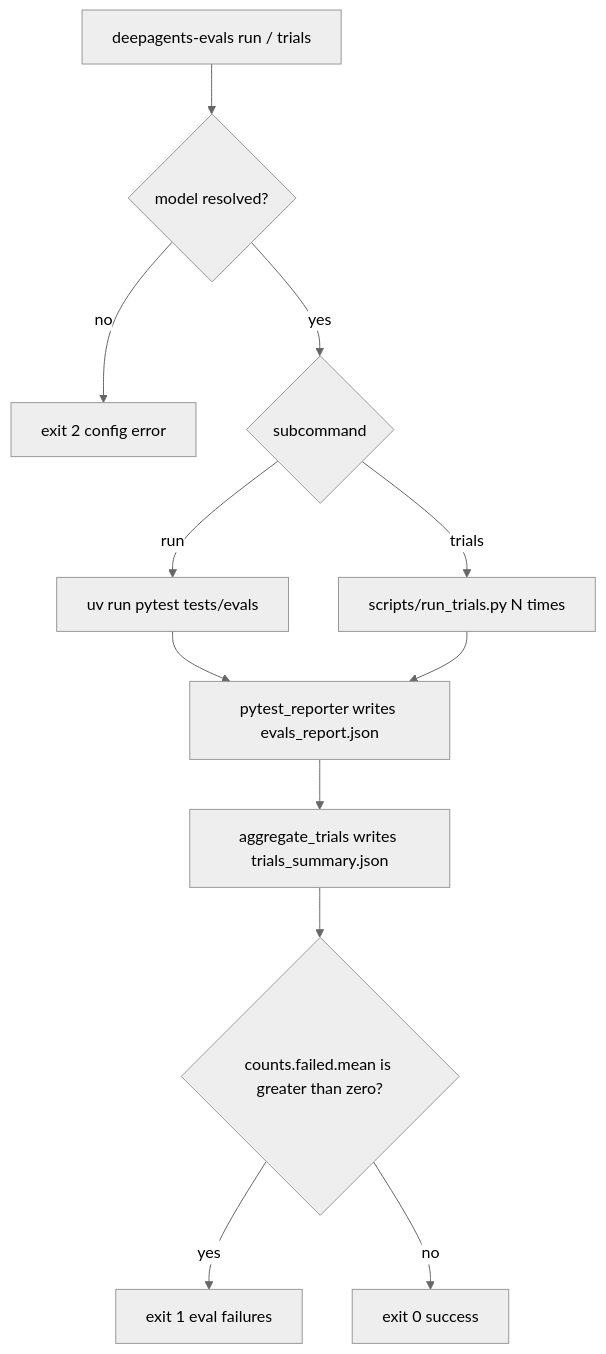
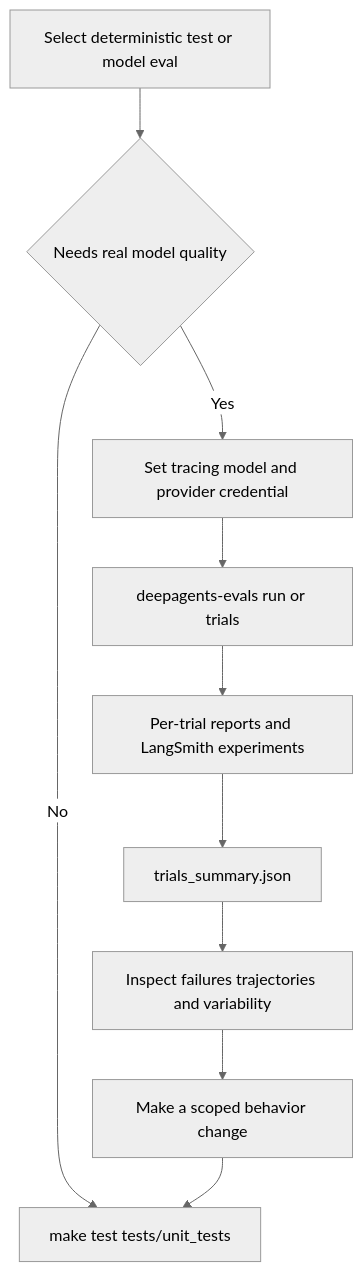
One commit to langchain-ai/deepagents changed the diagram in openwiki/workflows/run-evals.md. Above: the diagram before and after it, drawn with Mermaid (neutral theme). The commit also changed other lines of this file and 63 other files, not shown here.

````diff
--- a/openwiki/workflows/run-evals.md
+++ b/openwiki/workflows/run-evals.md
@@ -164,14 +150,12 @@
 ```mermaid
 flowchart TD
-    A["deepagents-evals run / trials"] --> B{"model resolved?"}
-    B -->|no| C["exit 2 config error"]
-    B -->|yes| D{"subcommand"}
-    D -->|run| E["uv run pytest tests/evals"]
-    D -->|trials| F["scripts/run_trials.py N times"]
-    E --> G["pytest_reporter writes evals_report.json"]
-    F --> G
-    G --> H["aggregate_trials writes trials_summary.json"]
-    H --> I{"counts.failed.mean is greater than zero?"}
-    I -->|yes| J["exit 1 eval failures"]
-    I -->|no| K["exit 0 success"]
+    Select["Select deterministic test or model eval"] --> Offline{"Needs real model quality"}
+    Offline -->|"No"| Unit["make test tests/unit_tests"]
+    Offline -->|"Yes"| Setup["Set tracing model and provider credential"]
+    Setup --> Run["deepagents-evals run or trials"]
+    Run --> Reports["Per-trial reports and LangSmith experiments"]
+    Reports --> Aggregate["trials_summary.json"]
+    Aggregate --> Inspect["Inspect failures trajectories and variability"]
+    Inspect --> Change["Make a scoped behavior change"]
+    Change --> Unit
 ```
````
